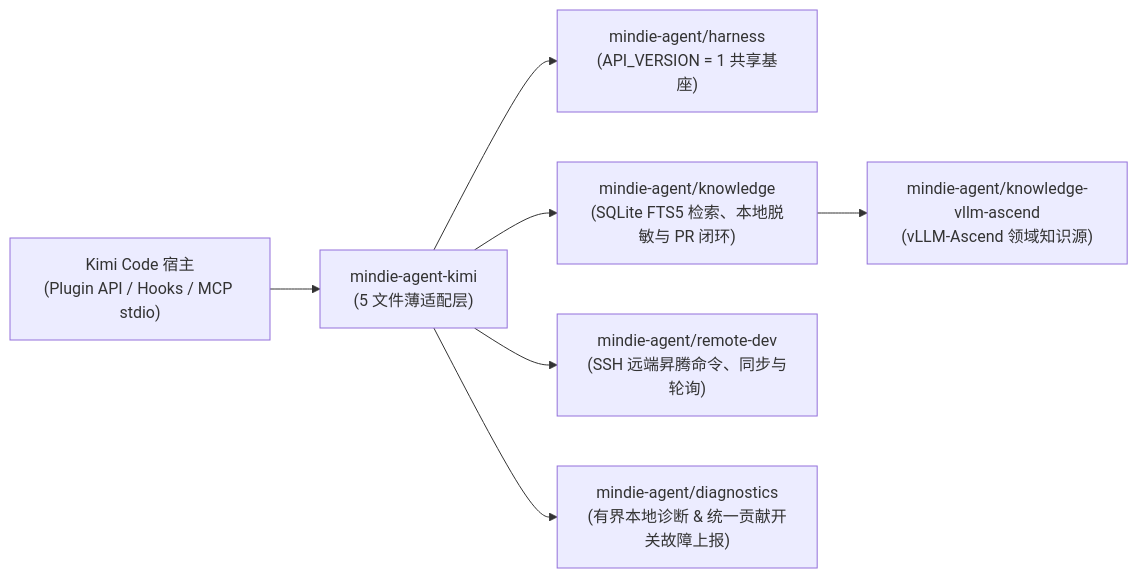
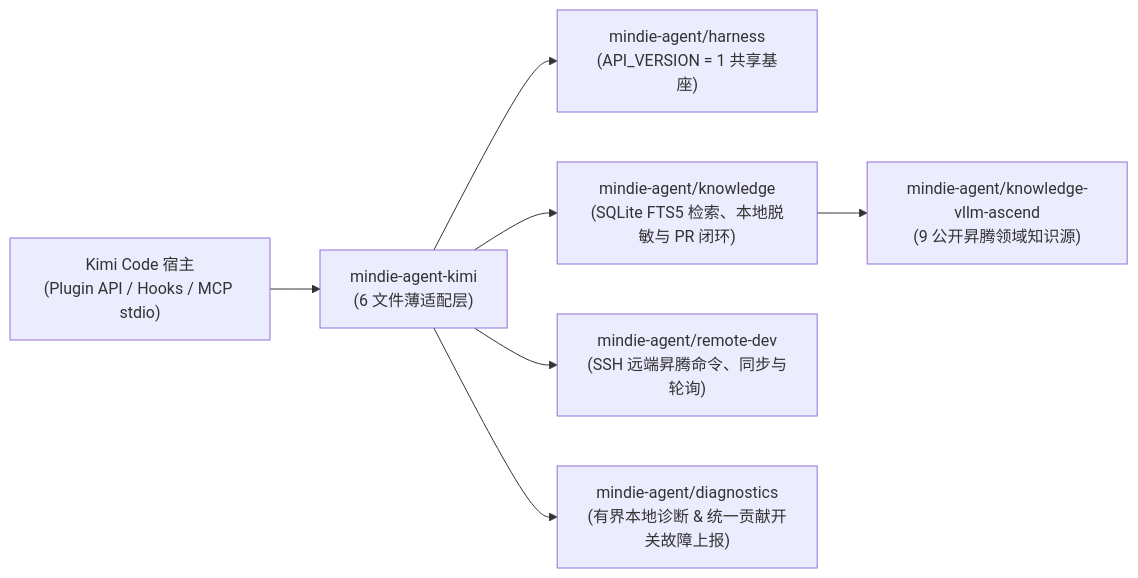
One commit to mindie-agent/mindie-agent-kimi changed the diagram in README.md. Above: the diagram before and after it, drawn with Mermaid. The commit also changed other lines of this file and 32 other files, not shown here.

````diff
--- a/README.md
+++ b/README.md
@@ -193,9 +193,9 @@
 ```mermaid
 flowchart LR
-  Kimi["Kimi Code 宿主<br/>(Plugin API / Hooks / MCP stdio)"] --> Launcher["mindie-agent-kimi<br/>(5 文件薄适配层)"]
+  Kimi["Kimi Code 宿主<br/>(Plugin API / Hooks / MCP stdio)"] --> Launcher["mindie-agent-kimi<br/>(6 文件薄适配层)"]
   Launcher --> Harness["mindie-agent/harness<br/>(API_VERSION = 1 共享基座)"]
   Launcher --> Knowledge["mindie-agent/knowledge<br/>(SQLite FTS5 检索、本地脱敏与 PR 闭环)"]
-  Knowledge --> Feed["mindie-agent/knowledge-vllm-ascend<br/>(vLLM-Ascend 领域知识源)"]
+  Knowledge --> Feed["mindie-agent/knowledge-vllm-ascend<br/>(9 公开昇腾领域知识源)"]
   Launcher --> RemoteDev["mindie-agent/remote-dev<br/>(SSH 远端昇腾命令、同步与轮询)"]
   Launcher --> Diagnostics["mindie-agent/diagnostics<br/>(有界本地诊断 & 统一贡献开关故障上报)"]
 ```
````
